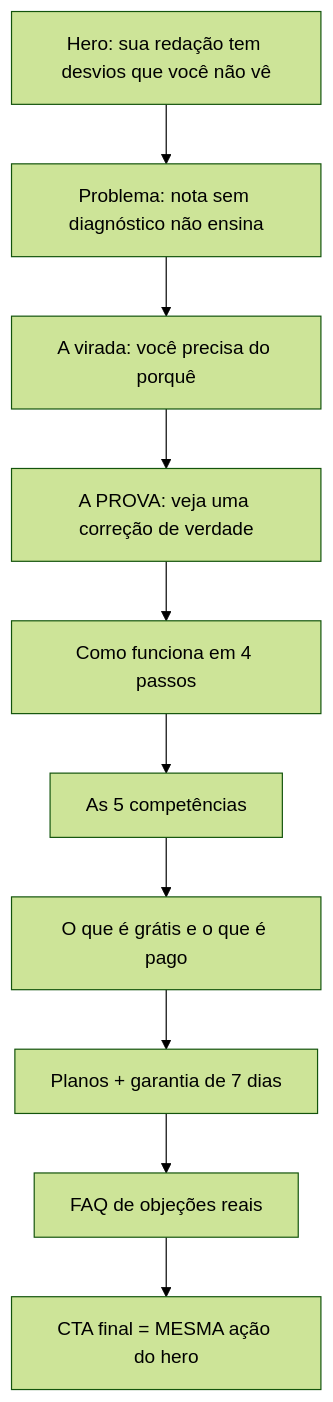
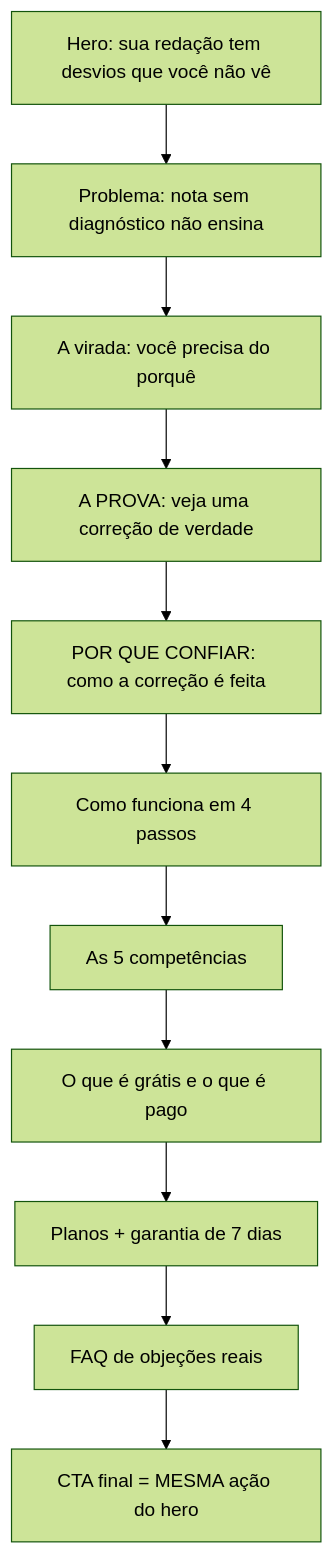
One commit to jeanrj987/enem-nota-1000 changed the diagram in Vault/01 - Visão Geral & Negócio/Estratégia de Vendas & Copywriting.md. Above: the diagram before and after it, drawn with Mermaid (forest theme). The commit also changed other lines of this file and 2 other files, not shown here.

````diff
--- a/Vault/01 - Visão Geral & Negócio/Estratégia de Vendas & Copywriting.md
+++ b/Vault/01 - Visão Geral & Negócio/Estratégia de Vendas & Copywriting.md
@@ -26,12 +26,13 @@
 ```mermaid
 graph TD
     A[Hero: sua redação tem desvios que você não vê] --> B[Problema: nota sem diagnóstico não ensina]
     B --> C[A virada: você precisa do porquê]
     C --> D[A PROVA: veja uma correção de verdade]
-    D --> E[Como funciona em 4 passos]
+    D --> D2[POR QUE CONFIAR: como a correção é feita]
+    D2 --> E[Como funciona em 4 passos]
     E --> F[As 5 competências]
     F --> G[O que é grátis e o que é pago]
     G --> H[Planos + garantia de 7 dias]
     H --> I[FAQ de objeções reais]
     I --> J[CTA final = MESMA ação do hero]
 ```
````
